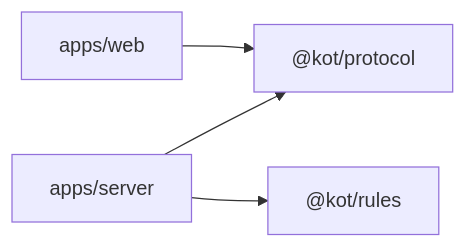
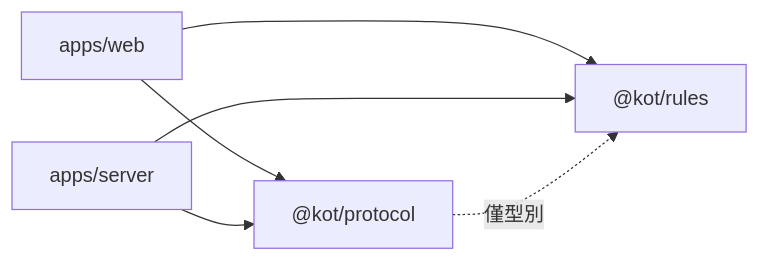
One commit to mangreen/king-of-tokyo changed the second of 2 diagrams in docs/architecture.md. Above: the diagram before and after it, drawn with Mermaid. The commit also changed other lines of this file and 47 other files, not shown here.

````diff
--- a/docs/architecture.md
+++ b/docs/architecture.md
@@ -31,6 +31,8 @@
 ```mermaid
 flowchart LR
   web["apps/web"] --> protocol["@kot/protocol"]
+  web --> rules["@kot/rules"]
   server["apps/server"] --> protocol
-  server --> rules["@kot/rules"]
+  server --> rules
+  protocol -. "僅型別" .-> rules
 ```
````
